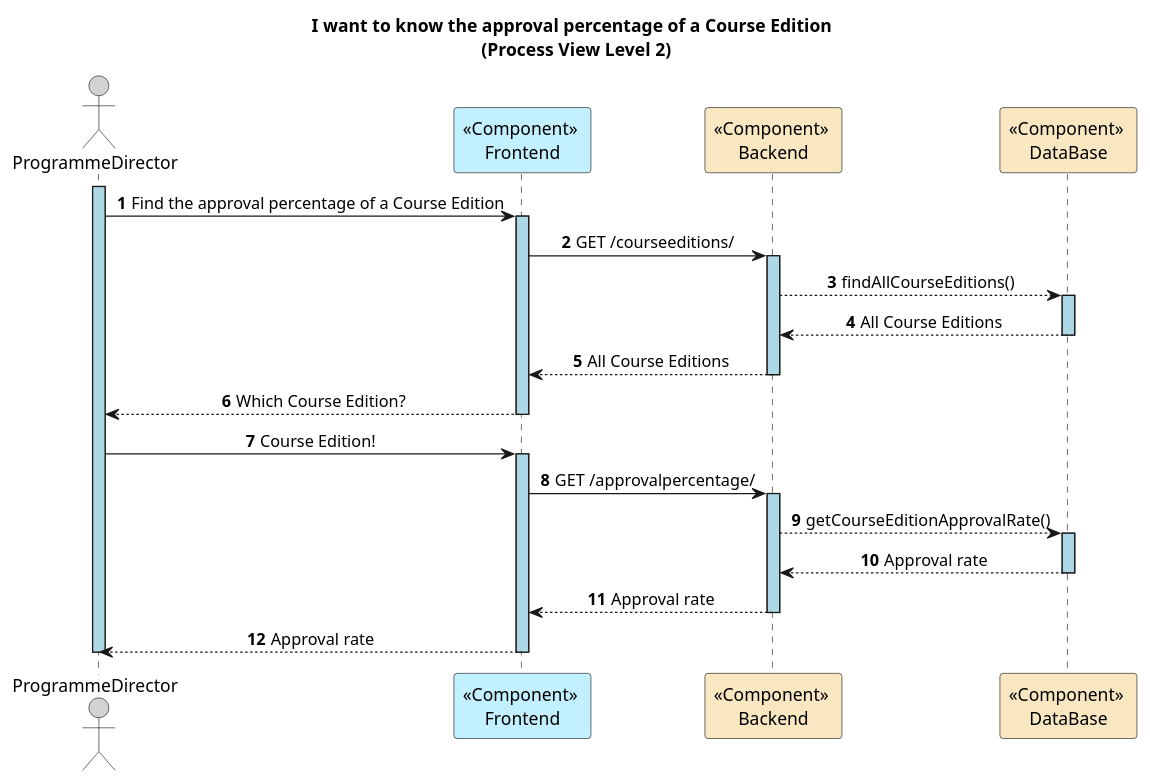
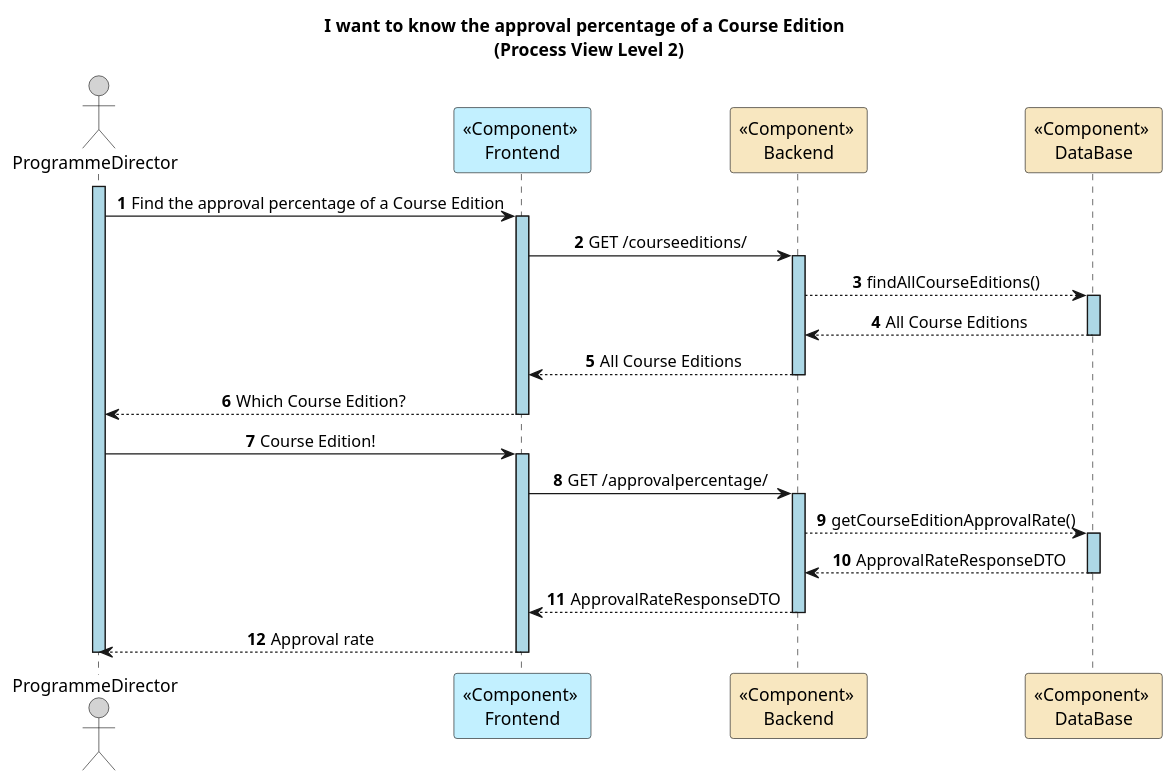
Before and after one commit to GasparISEP/DevOps-PAI: the diagram in docs/US23/REST_API/ProcessView/Level2.puml, drawn with PlantUML.

Commit message:
Update Scenario View's Level 2 Diagram. Refs #725

```diff
--- a/docs/US23/REST_API/ProcessView/Level2.puml
+++ b/docs/US23/REST_API/ProcessView/Level2.puml
@@ -1,40 +1,40 @@
 @startuml
 autonumber
 skinparam sequenceMessageAlign center
 skinparam sequenceLifeLineBackgroundColor lightblue
 title: I want to know the approval percentage of a Course Edition \n (Process View Level 2)
 actor ProgrammeDirector as ProgrammeDirector #lightgrey
 
 participant "<<Component>> \nFrontend" as FE #application
 participant "<<Component>> \nBackend" as BE #strategy
 participant "<<Component>> \nDataBase" as Database #strategy
 
 activate ProgrammeDirector
 ProgrammeDirector -> FE : Find the approval percentage of a Course Edition
 activate FE
 FE -> BE : GET /courseeditions/
 activate BE
 BE --> Database : findAllCourseEditions()
 activate Database
 Database --> BE : All Course Editions
 deactivate Database
 BE --> FE : All Course Editions
 deactivate BE
 FE --> ProgrammeDirector : Which Course Edition?
 deactivate FE
 
 ProgrammeDirector -> FE: Course Edition!
 activate FE
 FE -> BE : GET /approvalpercentage/
 activate BE
 BE --> Database : getCourseEditionApprovalRate()
 activate Database
-Database --> BE :Approval rate
+Database --> BE : ApprovalRateResponseDTO
 deactivate Database
-BE --> FE : Approval rate
+BE --> FE : ApprovalRateResponseDTO
 deactivate BE
 FE --> ProgrammeDirector : Approval rate
 deactivate FE
 deactivate ProgrammeDirector
 
 @enduml
```
